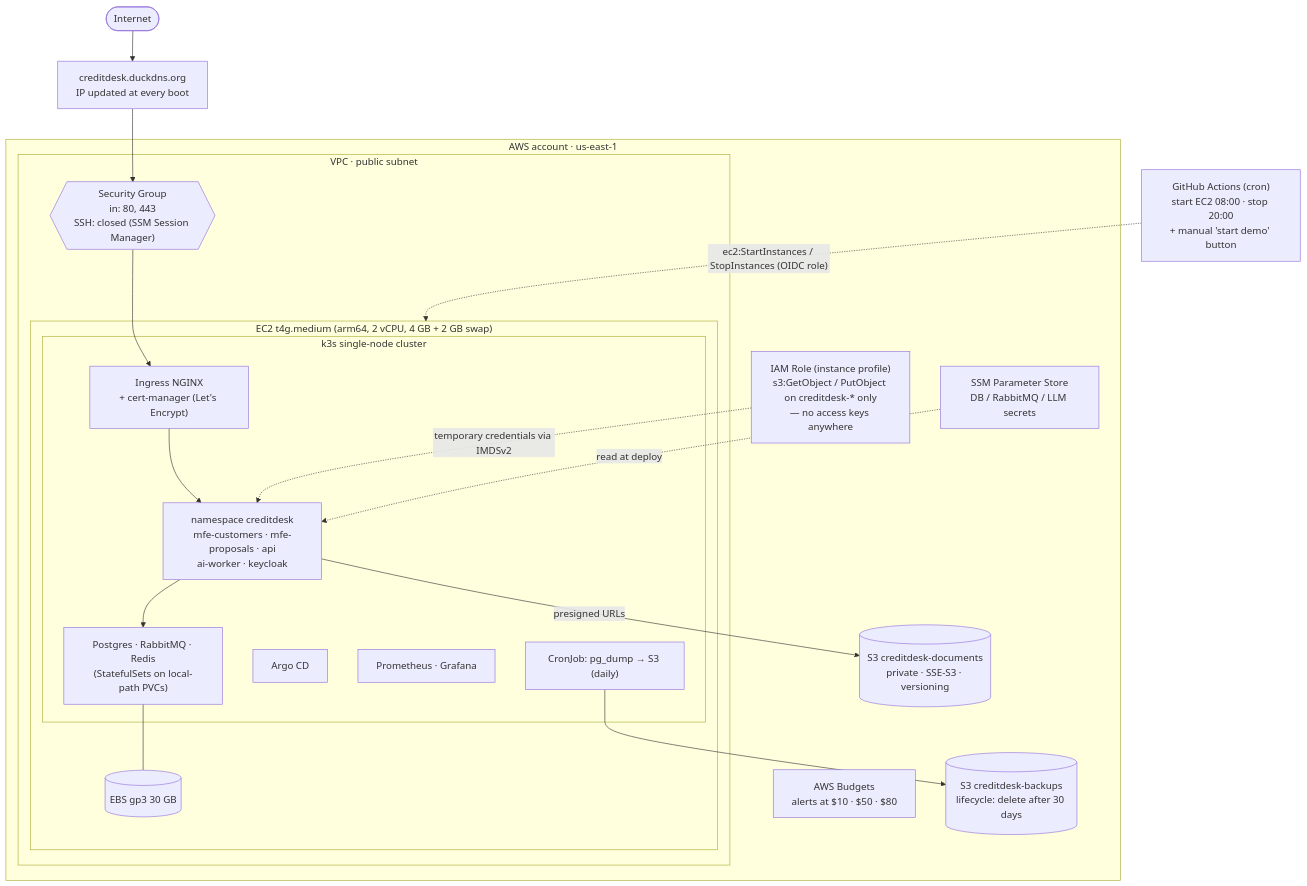
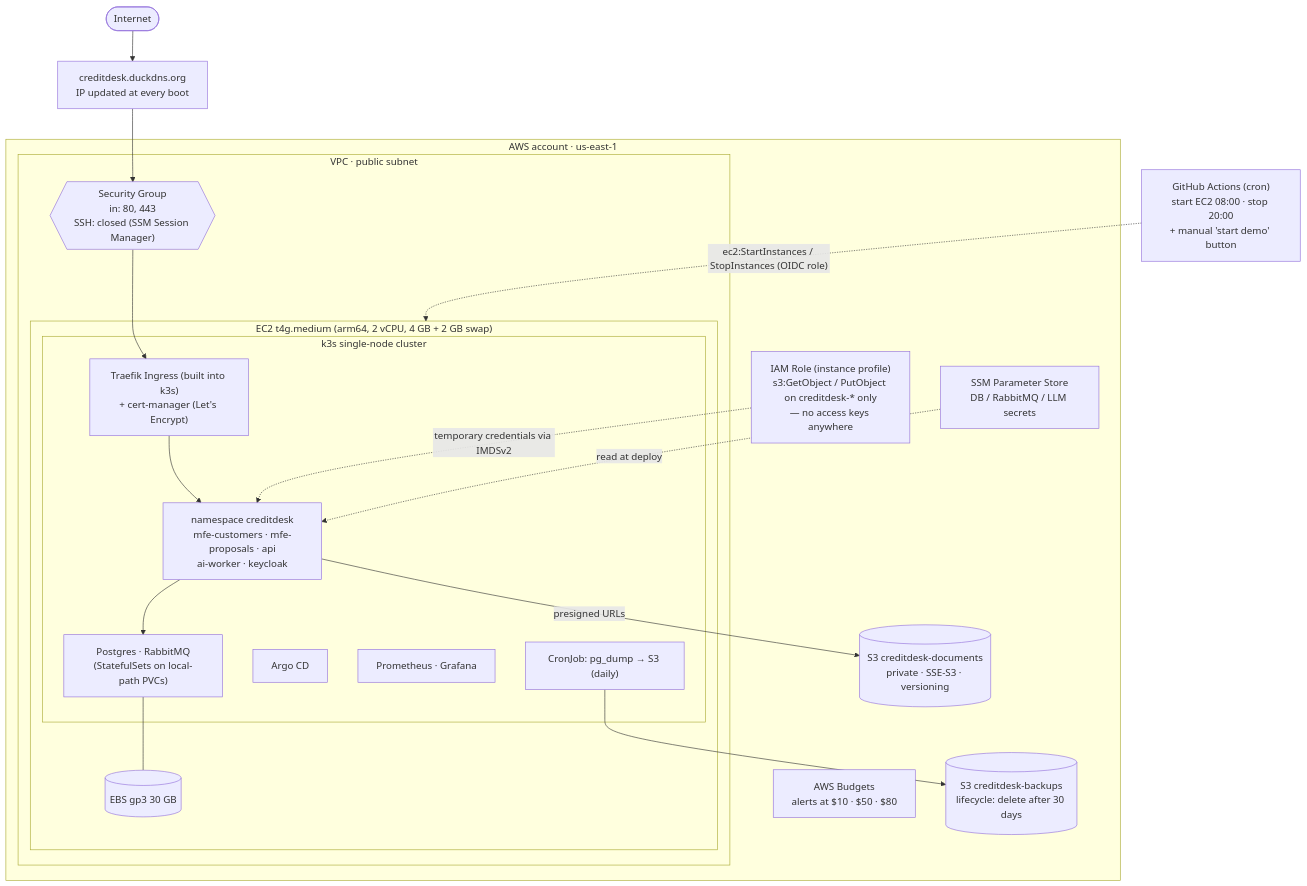
Before and after one commit to vanilds/vanilds.github.io: the second of 8 diagrams in README.md, drawn with Mermaid. The commit also changed other lines of this file and 43 other files, not shown here.

````diff
--- a/README.md
+++ b/README.md
@@ -61,40 +61,40 @@
 ```mermaid
 flowchart TB
     internet([Internet])
 
     subgraph aws["AWS account · us-east-1"]
         budgets["AWS Budgets<br/>alerts at $10 · $50 · $80"]
 
         subgraph vpc["VPC · public subnet"]
             sg{{"Security Group<br/>in: 80, 443<br/>SSH: closed (SSM Session Manager)"}}
             subgraph ec2["EC2 t4g.medium (arm64, 2 vCPU, 4 GB + 2 GB swap)"]
                 subgraph k3s["k3s single-node cluster"]
-                    ingress["Ingress NGINX<br/>+ cert-manager (Let's Encrypt)"]
+                    ingress["Traefik Ingress (built into k3s)<br/>+ cert-manager (Let's Encrypt)"]
                     apps["namespace creditdesk<br/>mfe-customers · mfe-proposals · api<br/>ai-worker · keycloak"]
-                    data["Postgres · RabbitMQ · Redis<br/>(StatefulSets on local-path PVCs)"]
+                    data["Postgres · RabbitMQ<br/>(StatefulSets on local-path PVCs)"]
                     argo["Argo CD"]
                     obs["Prometheus · Grafana"]
                     cron["CronJob: pg_dump → S3 (daily)"]
                 end
                 ebs[("EBS gp3 30 GB")]
             end
         end
 
         role["IAM Role (instance profile)<br/>s3:GetObject / PutObject on creditdesk-* only<br/>— no access keys anywhere"]
         s3docs[("S3 creditdesk-documents<br/>private · SSE-S3 · versioning")]
         s3bkp[("S3 creditdesk-backups<br/>lifecycle: delete after 30 days")]
         ssm["SSM Parameter Store<br/>DB / RabbitMQ / LLM secrets"]
     end
 
     sched["GitHub Actions (cron)<br/>start EC2 08:00 · stop 20:00<br/>+ manual 'start demo' button"]
 
     internet --> dns["creditdesk.duckdns.org<br/>IP updated at every boot"] --> sg --> ingress
     ingress --> apps
     apps --> data
     data --- ebs
     apps -- "presigned URLs" --> s3docs
     cron --> s3bkp
     role -. "temporary credentials via IMDSv2" .-> apps
     ssm -. "read at deploy" .-> apps
     sched -. "ec2:StartInstances / StopInstances (OIDC role)" .-> ec2
 ```
````
